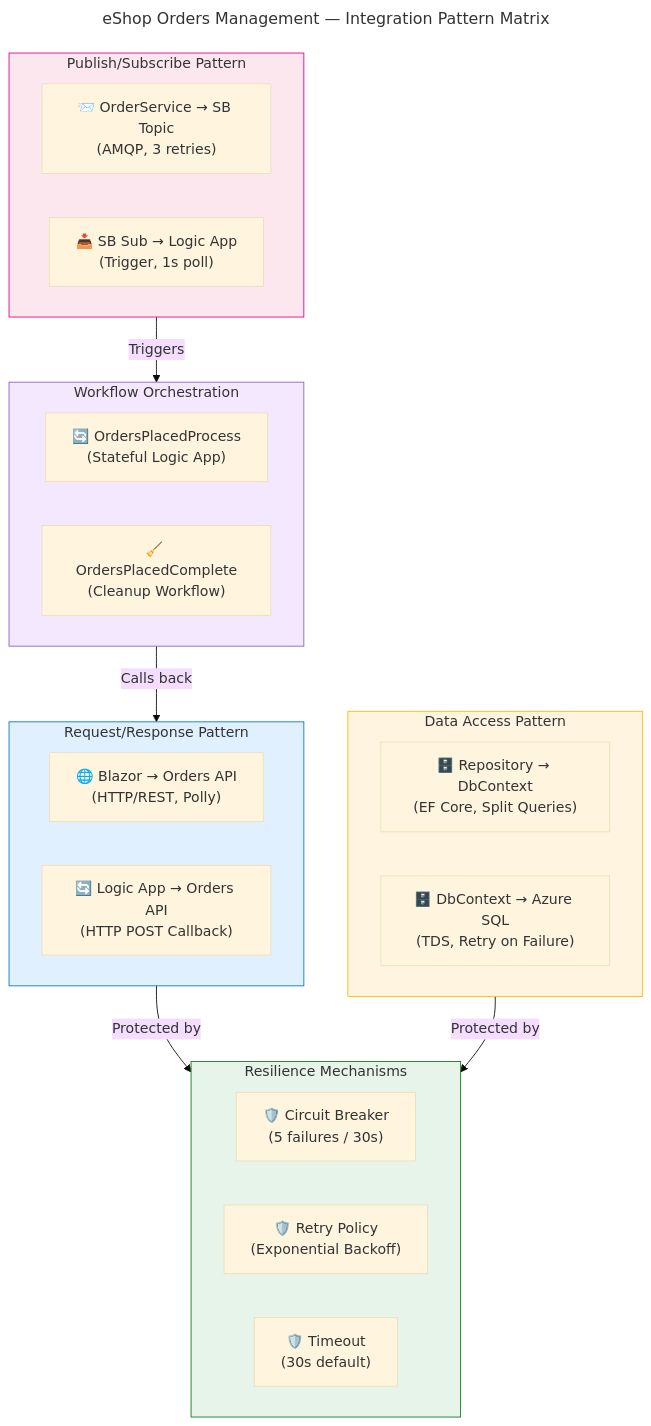
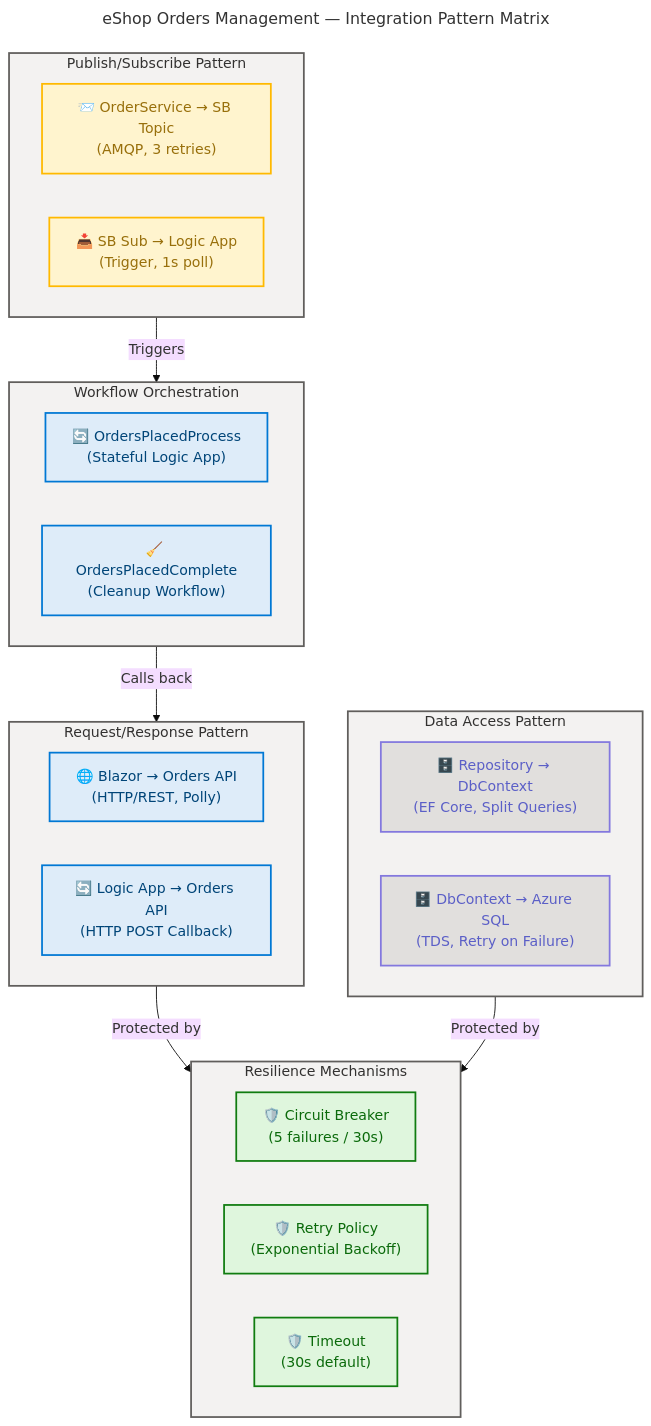
Before and after one commit to Evilazaro/Azure-LogicApps-Monitoring: diagram 14 of 14 in docs/architecture/application-architecture.md, drawn with Mermaid. The commit also changed other lines of this file, not shown here.

Commit message:
Enhance application architecture diagrams with improved styling and classification for better clarity and visual distinction of protocols and components

````diff
--- a/docs/architecture/application-architecture.md
+++ b/docs/architecture/application-architecture.md
@@ -2073,62 +2098,67 @@
 ```mermaid
 ---
 title: "eShop Orders Management — Integration Pattern Matrix"
 config:
   theme: base
   look: classic
   layout: dagre
   themeVariables:
     fontSize: "16px"
 ---
 flowchart TB
     accTitle: Integration Pattern Matrix
     accDescr: Shows the four integration patterns used across the system with their implementations
 
     %% ═══════════════════════════════════════════════════════════════════════════
     %% AZURE / FLUENT ARCHITECTURE PATTERN v1.1
     %% (Semantic + Structural + Font + Accessibility Governance)
     %% ═══════════════════════════════════════════════════════════════════════════
     %% PHASE 1 - STRUCTURAL: Direction explicit, flat topology, nesting ≤ 3
     %% PHASE 2 - SEMANTIC: Colors justified, max 5 semantic classes, neutral-first
     %% PHASE 3 - FONT: Dark text on light backgrounds, contrast ≥ 4.5:1
     %% PHASE 4 - ACCESSIBILITY: accTitle/accDescr present, icons on all nodes
     %% PHASE 5 - STANDARD: Governance block present, classDefs centralized
     %% ═══════════════════════════════════════════════════════════════════════════
 
     subgraph ReqResp["Request/Response Pattern"]
-        RR1["🌐 Blazor → Orders API\n(HTTP/REST, Polly)"]
-        RR2["🔄 Logic App → Orders API\n(HTTP POST Callback)"]
+        RR1["🌐 Blazor → Orders API\n(HTTP/REST, Polly)"]:::core
+        RR2["🔄 Logic App → Orders API\n(HTTP POST Callback)"]:::core
     end
 
     subgraph PubSub["Publish/Subscribe Pattern"]
-        PS1["📨 OrderService → SB Topic\n(AMQP, 3 retries)"]
-        PS2["📥 SB Sub → Logic App\n(Trigger, 1s poll)"]
+        PS1["📨 OrderService → SB Topic\n(AMQP, 3 retries)"]:::warning
+        PS2["📥 SB Sub → Logic App\n(Trigger, 1s poll)"]:::warning
     end
 
     subgraph DataAccess["Data Access Pattern"]
-        DA1["🗄️ Repository → DbContext\n(EF Core, Split Queries)"]
-        DA2["🗄️ DbContext → Azure SQL\n(TDS, Retry on Failure)"]
+        DA1["🗄️ Repository → DbContext\n(EF Core, Split Queries)"]:::data
+        DA2["🗄️ DbContext → Azure SQL\n(TDS, Retry on Failure)"]:::data
     end
 
     subgraph WorkflowOrch["Workflow Orchestration"]
-        WO1["🔄 OrdersPlacedProcess\n(Stateful Logic App)"]
-        WO2["🧹 OrdersPlacedComplete\n(Cleanup Workflow)"]
+        WO1["🔄 OrdersPlacedProcess\n(Stateful Logic App)"]:::core
+        WO2["🧹 OrdersPlacedComplete\n(Cleanup Workflow)"]:::core
     end
 
     subgraph Resilience["Resilience Mechanisms"]
-        RM1["🛡️ Circuit Breaker\n(5 failures / 30s)"]
-        RM2["🛡️ Retry Policy\n(Exponential Backoff)"]
-        RM3["🛡️ Timeout\n(30s default)"]
+        RM1["🛡️ Circuit Breaker\n(5 failures / 30s)"]:::success
+        RM2["🛡️ Retry Policy\n(Exponential Backoff)"]:::success
+        RM3["🛡️ Timeout\n(30s default)"]:::success
     end
 
     ReqResp -->|"Protected by"| Resilience
     PubSub -->|"Triggers"| WorkflowOrch
     DataAccess -->|"Protected by"| Resilience
     WorkflowOrch -->|"Calls back"| ReqResp
 
-    style ReqResp fill:#e1f0ff,stroke:#0078d4,color:#333
-    style PubSub fill:#fde7ef,stroke:#e3008c,color:#333
-    style DataAccess fill:#fff4e0,stroke:#ffb900,color:#333
-    style WorkflowOrch fill:#f3e8ff,stroke:#8661c5,color:#333
-    style Resilience fill:#e6f4ea,stroke:#107c10,color:#333
+    style ReqResp fill:#F3F2F1,stroke:#605E5C,stroke-width:2px,color:#323130
+    style PubSub fill:#F3F2F1,stroke:#605E5C,stroke-width:2px,color:#323130
+    style DataAccess fill:#F3F2F1,stroke:#605E5C,stroke-width:2px,color:#323130
+    style WorkflowOrch fill:#F3F2F1,stroke:#605E5C,stroke-width:2px,color:#323130
+    style Resilience fill:#F3F2F1,stroke:#605E5C,stroke-width:2px,color:#323130
+
+    classDef core fill:#DEECF9,stroke:#0078D4,stroke-width:2px,color:#004578
+    classDef data fill:#E1DFDD,stroke:#8378DE,stroke-width:2px,color:#5B5FC7
+    classDef warning fill:#FFF4CE,stroke:#FFB900,stroke-width:2px,color:#986F0B
+    classDef success fill:#DFF6DD,stroke:#107C10,stroke-width:2px,color:#0B6A0B
 ```
````
